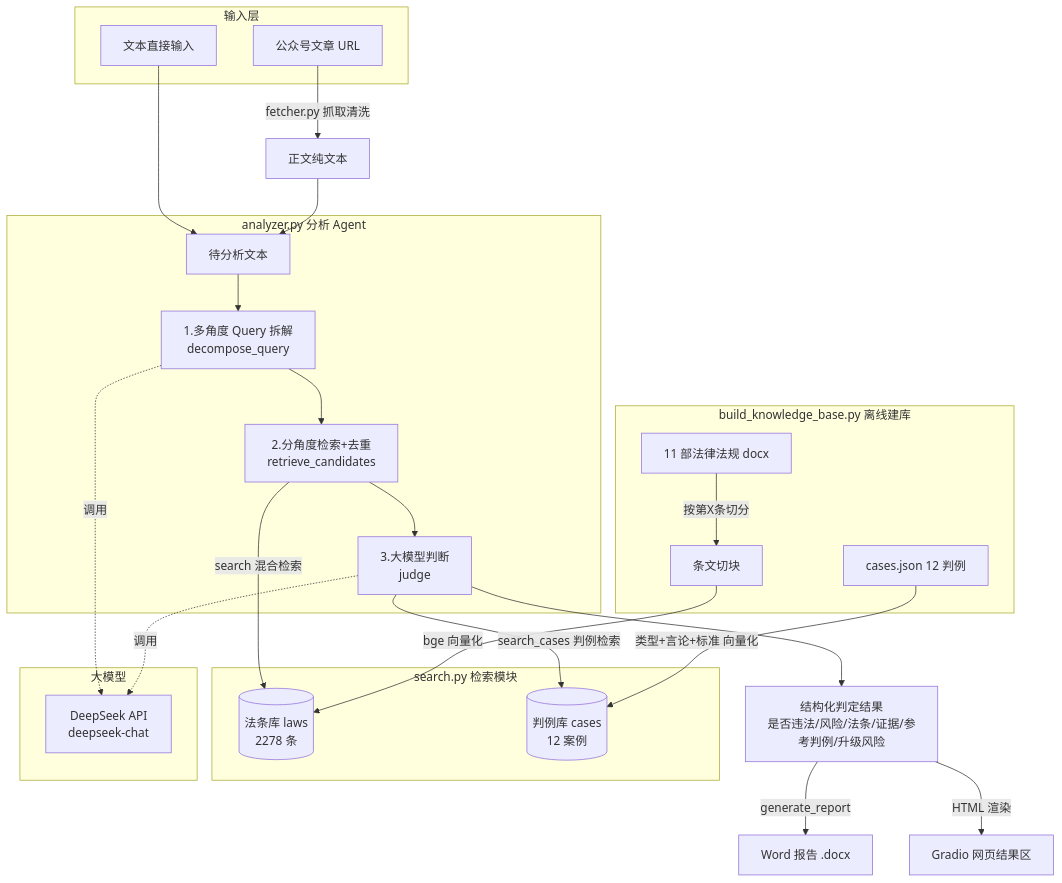
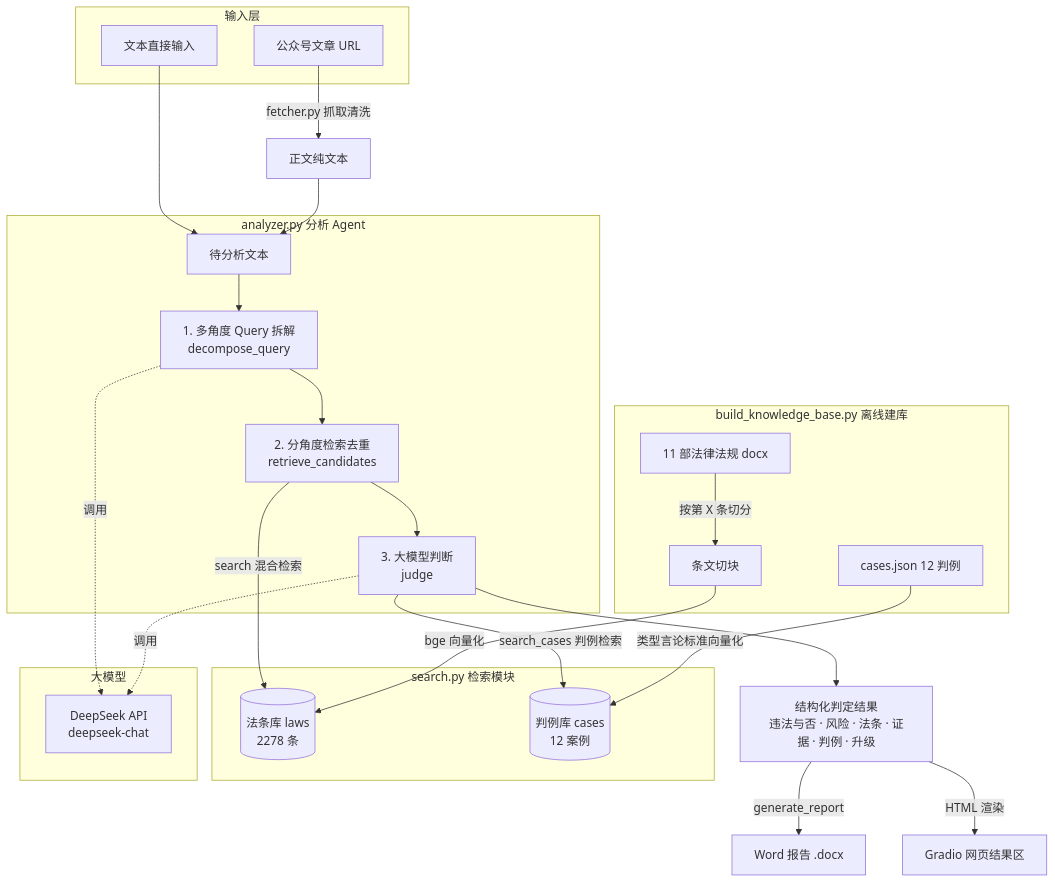
One commit to MgAlNa3PO4/LexiGuard-CN changed the diagram in README.md. Above: the diagram before and after it, drawn with Mermaid.

Commit message:
fix: repair Mermaid architecture diagram rendering on GitHub
Quote all node/subgraph labels, use ASCII subgraph ids, and remove
unquoted special chars (. + /) that broke GitHub's Mermaid parser.
Validated by rendering to SVG with mermaid-cli.

````diff
--- a/README.md
+++ b/README.md
@@ -54,41 +54,41 @@
 ```mermaid
 graph TD
-    subgraph 输入层
-        A1[文本直接输入]
-        A2[公众号文章 URL]
+    subgraph s_input["输入层"]
+        A1["文本直接输入"]
+        A2["公众号文章 URL"]
     end
 
-    A2 -->|fetcher.py 抓取清洗| A3[正文纯文本]
-    A1 --> B0[待分析文本]
+    A2 -->|"fetcher.py 抓取清洗"| A3["正文纯文本"]
+    A1 --> B0["待分析文本"]
     A3 --> B0
 
-    subgraph 分析Agent[analyzer.py 分析 Agent]
-        B0 --> C1[1.多角度 Query 拆解<br/>decompose_query]
-        C1 --> C2[2.分角度检索+去重<br/>retrieve_candidates]
-        C2 --> C3[3.大模型判断<br/>judge]
+    subgraph s_agent["analyzer.py 分析 Agent"]
+        B0 --> C1["1. 多角度 Query 拆解<br/>decompose_query"]
+        C1 --> C2["2. 分角度检索去重<br/>retrieve_candidates"]
+        C2 --> C3["3. 大模型判断<br/>judge"]
     end
 
-    subgraph 检索层[search.py 检索模块]
-        D1[(法条库 laws<br/>2278 条)]
-        D2[(判例库 cases<br/>12 案例)]
+    subgraph s_search["search.py 检索模块"]
+        D1[("法条库 laws<br/>2278 条")]
+        D2[("判例库 cases<br/>12 案例")]
     end
 
-    C2 -->|search 混合检索| D1
-    C3 -->|search_cases 判例检索| D2
+    C2 -->|"search 混合检索"| D1
+    C3 -->|"search_cases 判例检索"| D2
 
-    subgraph 知识库构建[build_knowledge_base.py 离线建库]
-        E1[11 部法律法规 docx] -->|按第X条切分| E2[条文切块]
-        E2 -->|bge 向量化| D1
-        E3[cases.json 12 判例] -->|类型+言论+标准 向量化| D2
+    subgraph s_kb["build_knowledge_base.py 离线建库"]
+        E1["11 部法律法规 docx"] -->|"按第 X 条切分"| E2["条文切块"]
+        E2 -->|"bge 向量化"| D1
+        E3["cases.json 12 判例"] -->|"类型言论标准向量化"| D2
     end
 
-    C3 --> F[结构化判定结果<br/>是否违法/风险/法条/证据/参考判例/升级风险]
-    F -->|generate_report| G[Word 报告 .docx]
-    F -->|HTML 渲染| H[Gradio 网页结果区]
+    C3 --> F["结构化判定结果<br/>违法与否 · 风险 · 法条 · 证据 · 判例 · 升级"]
+    F -->|"generate_report"| G["Word 报告 .docx"]
+    F -->|"HTML 渲染"| H["Gradio 网页结果区"]
 
-    subgraph 大模型
-        LLM[DeepSeek API<br/>deepseek-chat]
+    subgraph s_llm["大模型"]
+        LLM["DeepSeek API<br/>deepseek-chat"]
     end
-    C1 -.调用.-> LLM
-    C3 -.调用.-> LLM
+    C1 -.->|"调用"| LLM
+    C3 -.->|"调用"| LLM
 ```
````
